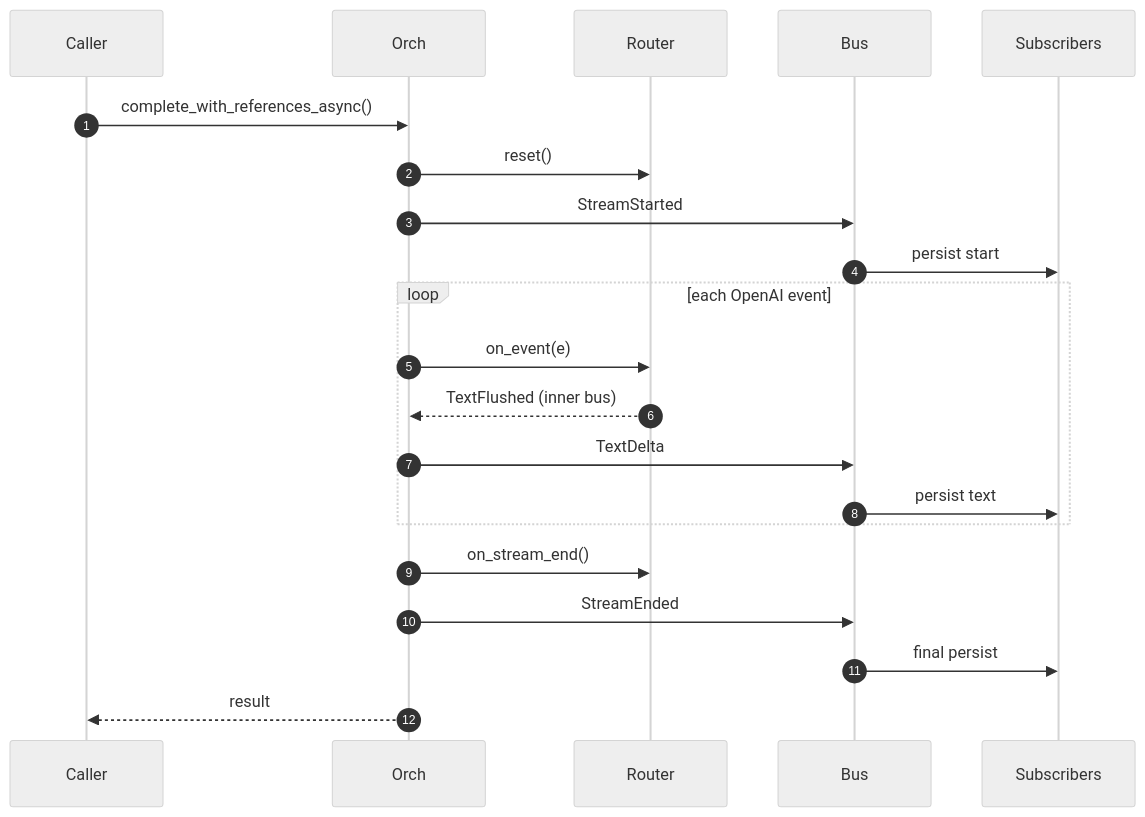
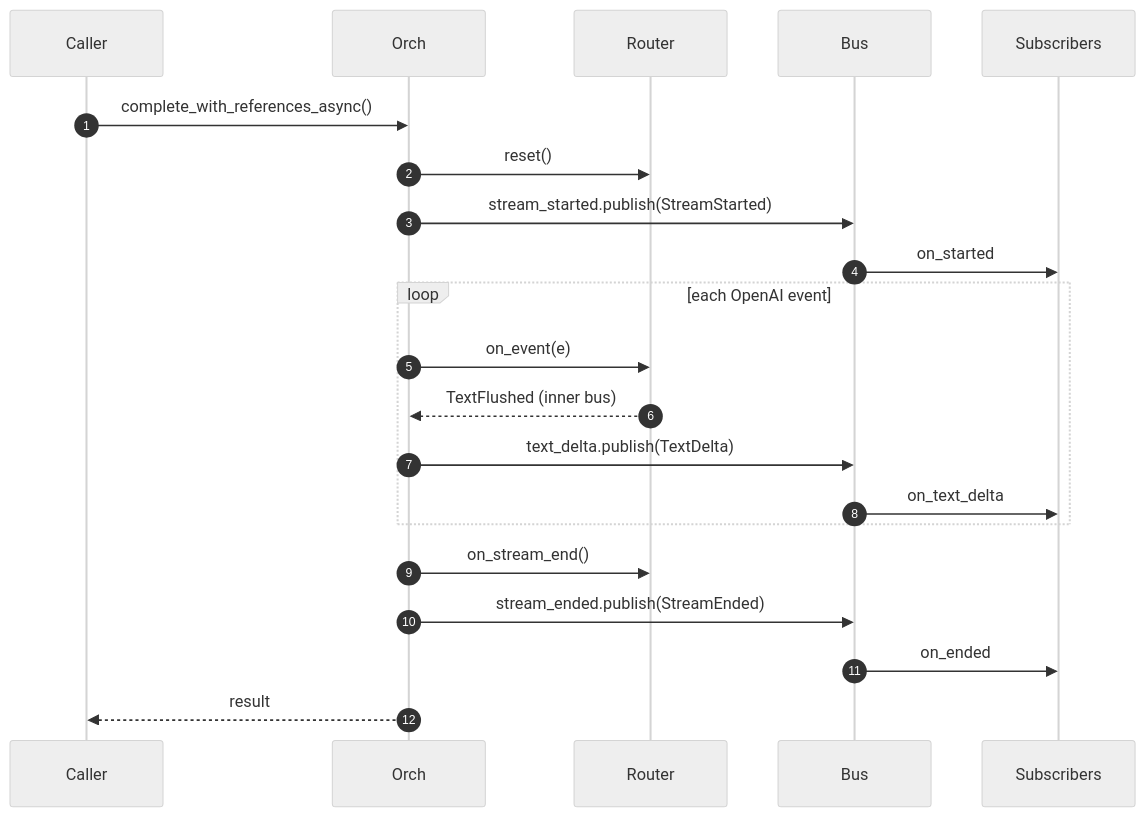
Before and after one commit to Unique-AG/ai: the tenth of 17 diagrams in unique_toolkit/docs/streaming_architecture_visual.md, drawn with Mermaid (neutral theme). The commit also changed other lines of this file and 19 other files, not shown here.

````diff
--- a/unique_toolkit/docs/streaming_architecture_visual.md
+++ b/unique_toolkit/docs/streaming_architecture_visual.md
@@ -334,24 +355,24 @@
 ```mermaid
 sequenceDiagram
     autonumber
     participant Caller
     participant Orch
     participant Router
     participant Bus
     participant Sub as Subscribers
 
     Caller->>Orch: complete_with_references_async()
     Orch->>Router: reset()
-    Orch->>Bus: StreamStarted
-    Bus->>Sub: persist start
+    Orch->>Bus: stream_started.publish(StreamStarted)
+    Bus->>Sub: on_started
     loop each OpenAI event
         Orch->>Router: on_event(e)
         Router-->>Orch: TextFlushed (inner bus)
-        Orch->>Bus: TextDelta
-        Bus->>Sub: persist text
+        Orch->>Bus: text_delta.publish(TextDelta)
+        Bus->>Sub: on_text_delta
     end
     Orch->>Router: on_stream_end()
-    Orch->>Bus: StreamEnded
-    Bus->>Sub: final persist
+    Orch->>Bus: stream_ended.publish(StreamEnded)
+    Bus->>Sub: on_ended
     Orch-->>Caller: result
 ```
````
